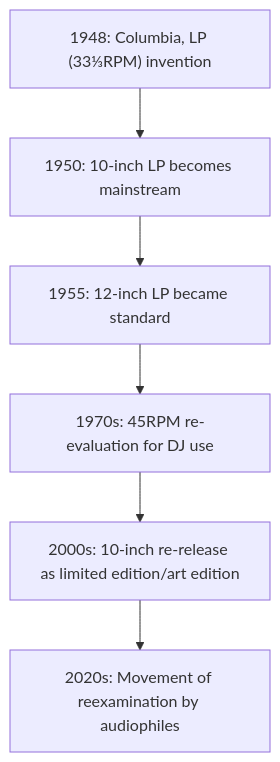
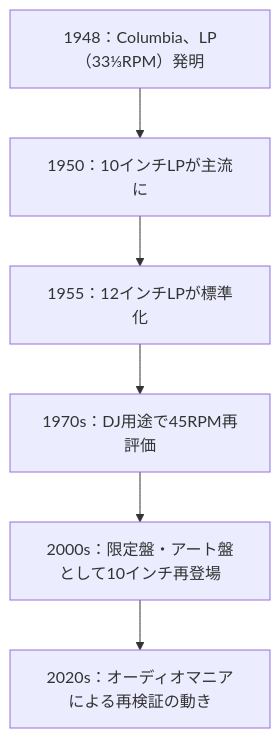
The first of 3 diagrams in en/_posts/2025-10-11-Colum-10-Inch-Vinyl-Tech.md (monumental-movement/monumental-movement.github.io), drawn with Mermaid before and after one commit. The commit also changed other lines of this file and 211 other files, not shown here.

```diff
--- a/en/_posts/2025-10-11-Colum-10-Inch-Vinyl-Tech.md
+++ b/en/_posts/2025-10-11-Colum-10-Inch-Vinyl-Tech.md
@@ -175,14 +175,14 @@
 <div class="mermaid">
 
 flowchart TD
-A1948["1948: Columbia, LP (33⅓RPM) invention"]
-A1950["1950: 10-inch LP becomes mainstream"]
-A1955["1955: 12-inch LP became standard"]
-A1970["1970s: 45RPM re-evaluation for DJ use"]
-A2000["2000s: 10-inch re-release as limited edition/art edition"]
-A2020["2020s: Movement of reexamination by audiophiles"]
+    A1948["1948：Columbia、LP（33⅓RPM）発明"]
+    A1950["1950：10インチLPが主流に"]
+    A1955["1955：12インチLPが標準化"]
+    A1970["1970s：DJ用途で45RPM再評価"]
+    A2000["2000s：限定盤・アート盤として10インチ再登場"]
+    A2020["2020s：オーディオマニアによる再検証の動き"]
 
-A1948 --> A1950 --> A1955 --> A1970 --> A2000 --> A2020
+    A1948 --> A1950 --> A1955 --> A1970 --> A2000 --> A2020
 
 
 </div>
```
